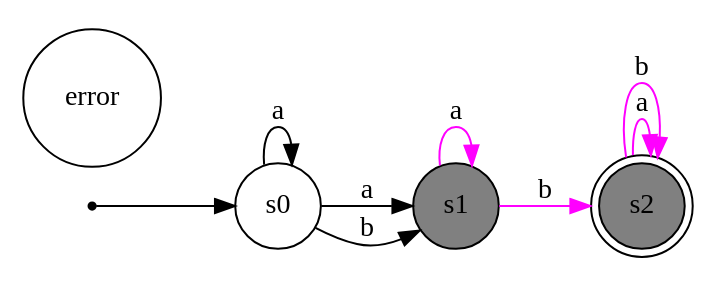
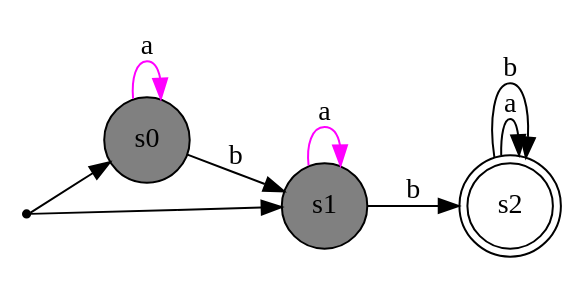
Before and after one commit to lukaz-r/AFD-animator: the diagram in dotfiles/arq_2.dot, drawn with Graphviz. The commit also changed 19 other files, not shown here.

```diff
--- a/dotfiles/arq_2.dot
+++ b/dotfiles/arq_2.dot
@@ -1,21 +1,20 @@
 digraph maquina_de_estados { 
 	rankdir=LR;
 	size="10"
 	node [shape = doublecircle];
 	s2
 	node [shape = point];
 	p
 	node [shape = circle];
-	error [style=filled, fillcolor=white];
 	p -> s0
+	p -> s1
 	node [shape = circle];
-	s2[style=filled, fillcolor=gray]
+	s0[style=filled, fillcolor=gray]
 	s1[style=filled, fillcolor=gray]
-	s0 -> s0[label = "a"][color=black];
-	s0 -> s1[label = "a"][color=black];
+	s0 -> s0[label = "a"][color=magenta];
 	s0 -> s1[label = "b"][color=black];
 	s1 -> s1[label = "a"][color=magenta];
-	s1 -> s2[label = "b"][color=magenta];
-	s2 -> s2[label = "a"][color=magenta];
-	s2 -> s2[label = "b"][color=magenta];
+	s1 -> s2[label = "b"][color=black];
+	s2 -> s2[label = "a"][color=black];
+	s2 -> s2[label = "b"][color=black];
 	}
```
